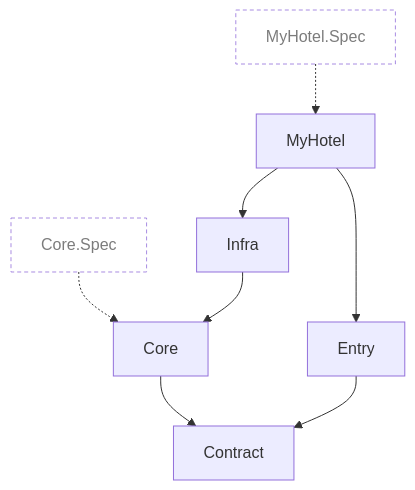
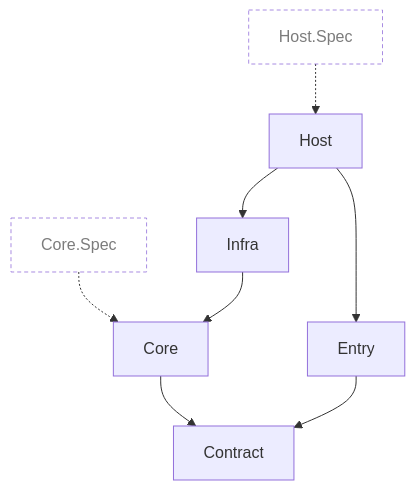
One commit to joakimsigvald/TSpec changed the diagram in SampleProjects/MyHotel/Architecture.Spec/_specification.md. Above: the diagram before and after it, drawn with Mermaid. The commit also changed other lines of this file and 65 other files, not shown here.

````diff
--- a/SampleProjects/MyHotel/Architecture.Spec/_specification.md
+++ b/SampleProjects/MyHotel/Architecture.Spec/_specification.md
@@ -5,20 +5,20 @@
 ```mermaid
 flowchart TD
-    MyHotel
     Contract
     Core
     Core_Spec["Core.Spec"]:::spec
     Entry
+    Host
+    Host_Spec["Host.Spec"]:::spec
     Infra
-    MyHotel_Spec["MyHotel.Spec"]:::spec
-    MyHotel --> Entry
-    MyHotel --> Infra
     Core --> Contract
     Core_Spec -.-> Core
     Entry --> Contract
+    Host --> Entry
+    Host --> Infra
+    Host_Spec -.-> Host
     Infra --> Core
-    MyHotel_Spec -.-> MyHotel
-    click MyHotel "../MyHotel.Spec/_specification/README.md"
     click Core "../Core.Spec/_specification/README.md"
+    click Host "../Host.Spec/_specification/README.md"
     classDef spec fill:none,stroke-dasharray:4 3,opacity:0.8
 ```
````
